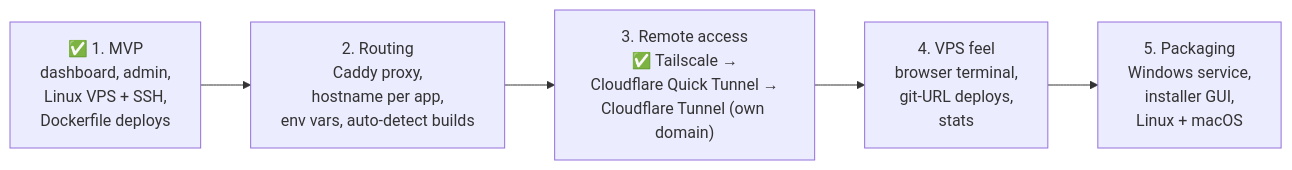
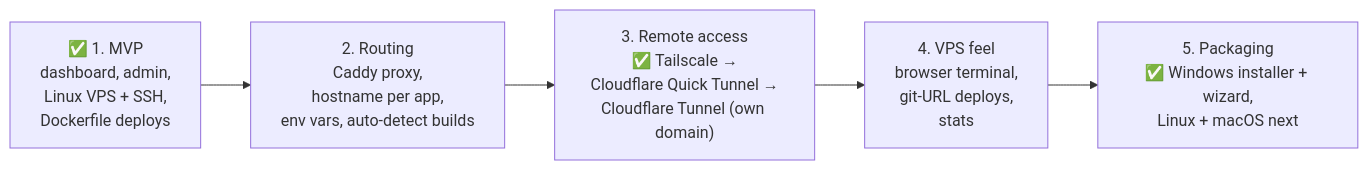
One commit to AbrarDW/lps changed the ninth of 9 diagrams in README.md. Above: the diagram before and after it, drawn with Mermaid. The commit also changed other lines of this file and 27 other files, not shown here.

First line of the commit message:
Add Windows installer, tray app and first-run setup wizard

````diff
--- a/README.md
+++ b/README.md
@@ -314,9 +341,9 @@
 ```mermaid
 flowchart LR
     m1["✅ 1. MVP<br/>dashboard, admin,<br/>Linux VPS + SSH,<br/>Dockerfile deploys"]
     m2["2. Routing<br/>Caddy proxy,<br/>hostname per app,<br/>env vars, auto-detect builds"]
     m3["3. Remote access<br/>✅ Tailscale →<br/>Cloudflare Quick Tunnel →<br/>Cloudflare Tunnel (own domain)"]
     m4["4. VPS feel<br/>browser terminal,<br/>git-URL deploys,<br/>stats"]
-    m5["5. Packaging<br/>Windows service,<br/>installer GUI,<br/>Linux + macOS"]
+    m5["5. Packaging<br/>✅ Windows installer + wizard,<br/>Linux + macOS next"]
     m1 --> m2 --> m3 --> m4 --> m5
 ```
````
